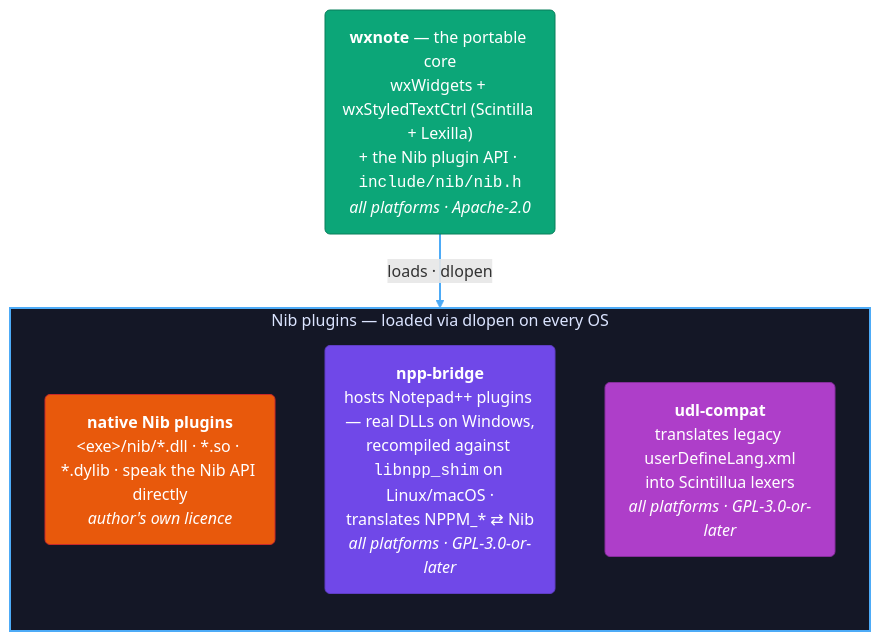
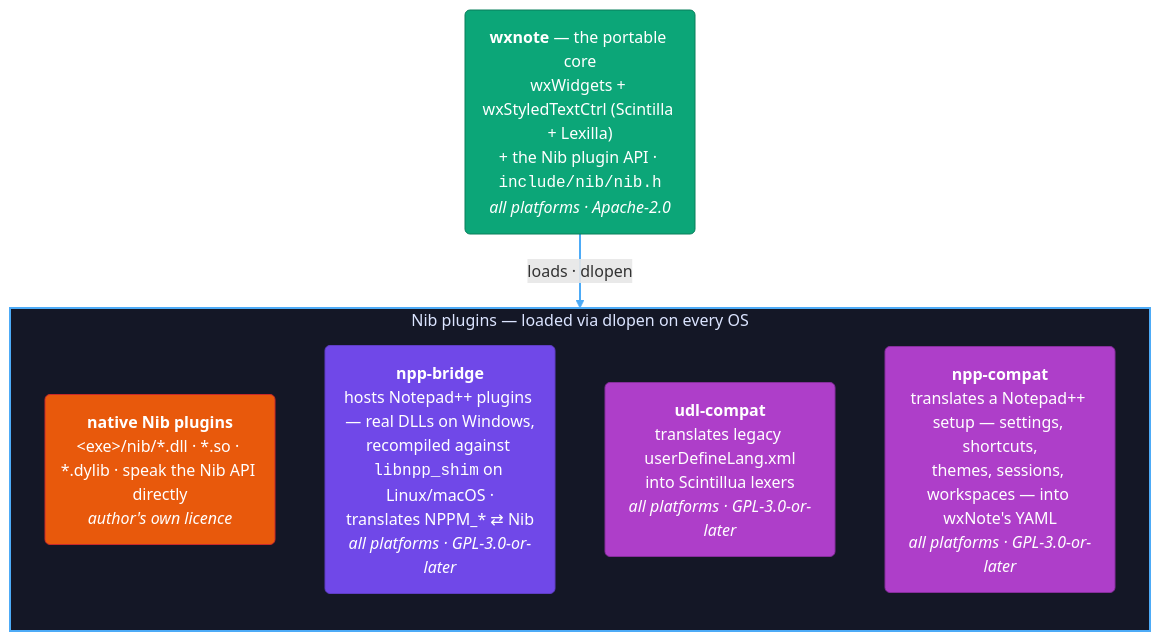
The diagram in docs/ARCHITECTURE.md (Alpaq92/wx-notepad-plus-plus), drawn with Mermaid before and after one commit. The commit also changed other lines of this file and 162 other files, not shown here.

````diff
--- a/docs/ARCHITECTURE.md
+++ b/docs/ARCHITECTURE.md
@@ -11,24 +11,26 @@
 ```mermaid
 flowchart TB
     core("<b>wxnote</b> — the portable core<br/>wxWidgets + wxStyledTextCtrl (Scintilla + Lexilla)<br/>+ the Nib plugin API · <code>include/nib/nib.h</code><br/><i>all platforms · Apache-2.0</i>")
 
     subgraph nibplugins["Nib plugins — loaded via dlopen on every OS"]
         direction TB
         native("<b>native Nib plugins</b><br/>&lt;exe&gt;/nib/*.dll · *.so · *.dylib · speak the Nib API directly<br/><i>author's own licence</i>")
         bridge("<b>npp-bridge</b><br/>hosts Notepad++ plugins — real DLLs on Windows,<br/>recompiled against <code>libnpp_shim</code> on Linux/macOS ·<br/>translates NPPM_* ⇄ Nib<br/><i>all platforms · GPL-3.0-or-later</i>")
         udl("<b>udl-compat</b><br/>translates legacy userDefineLang.xml<br/>into Scintillua lexers<br/><i>all platforms · GPL-3.0-or-later</i>")
+        npc("<b>npp-compat</b><br/>translates a Notepad++ setup — settings, shortcuts,<br/>themes, sessions, workspaces — into wxNote's YAML<br/><i>all platforms · GPL-3.0-or-later</i>")
     end
 
     core -->|"loads · dlopen"| nibplugins
 
     classDef cCore   fill:#0ca678,stroke:#087f5b,color:#ffffff;
     classDef cNative fill:#e8590c,stroke:#c92a2a,color:#ffffff;
     classDef cBridge fill:#7048e8,stroke:#5f3dc4,color:#ffffff;
     classDef cUdl    fill:#ae3ec9,stroke:#862e9c,color:#ffffff;
     class core cCore;
     class native cNative;
     class bridge cBridge;
     class udl cUdl;
+    class npc cUdl;
     style nibplugins fill:#141726,stroke:#4dabf7,stroke-width:2px,color:#dbe4ff;
     linkStyle 0 stroke:#4dabf7,stroke-width:2px;
 ```
````
